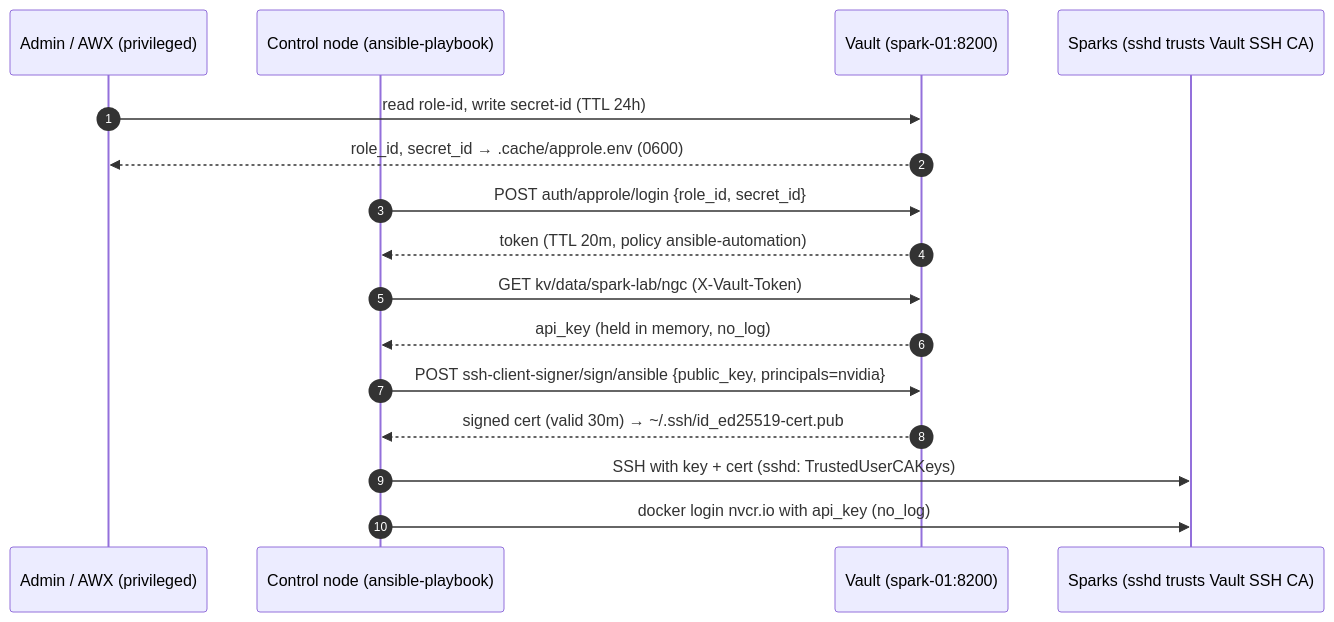
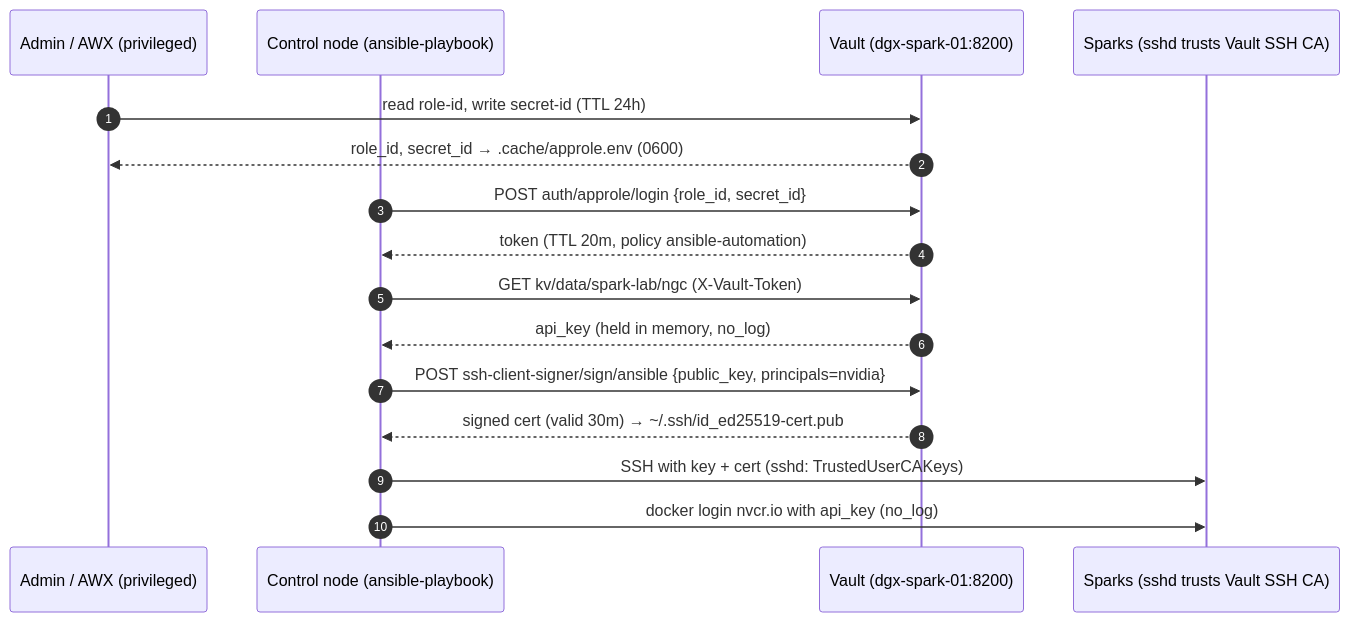
Before and after one commit to cloudone365/technical-depth: the diagram in 01 Ansible/19-hashicorp-vault-approle-and-dynamic-secrets.md, drawn with Mermaid. The commit also changed 88 other files, not shown here.

First line of the commit message:
Rename the Spark hosts to dgx-spark-01 / dgx-spark-02

````diff
--- a/01 Ansible/19-hashicorp-vault-approle-and-dynamic-secrets.md
+++ b/01 Ansible/19-hashicorp-vault-approle-and-dynamic-secrets.md
@@ -28,18 +28,18 @@
 ```mermaid
 sequenceDiagram
   autonumber
   participant ADM as Admin / AWX (privileged)
   participant CN as Control node (ansible-playbook)
-  participant V as Vault (spark-01:8200)
+  participant V as Vault (dgx-spark-01:8200)
   participant SP as Sparks (sshd trusts Vault SSH CA)
   ADM->>V: read role-id, write secret-id (TTL 24h)
   V-->>ADM: role_id, secret_id → .cache/approle.env (0600)
   CN->>V: POST auth/approle/login {role_id, secret_id}
   V-->>CN: token (TTL 20m, policy ansible-automation)
   CN->>V: GET kv/data/spark-lab/ngc   (X-Vault-Token)
   V-->>CN: api_key (held in memory, no_log)
   CN->>V: POST ssh-client-signer/sign/ansible {public_key, principals=nvidia}
   V-->>CN: signed cert (valid 30m) → ~/.ssh/id_ed25519-cert.pub
   CN->>SP: SSH with key + cert (sshd: TrustedUserCAKeys)
   CN->>SP: docker login nvcr.io with api_key (no_log)
 ```
````
